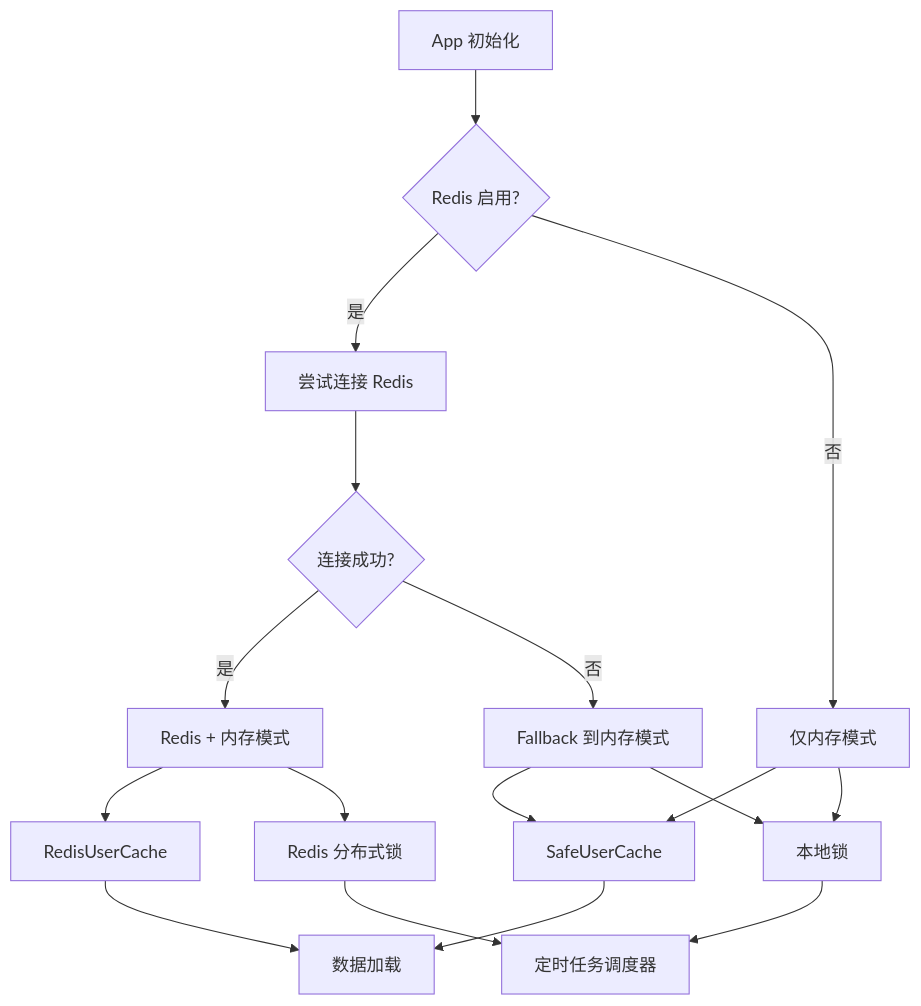
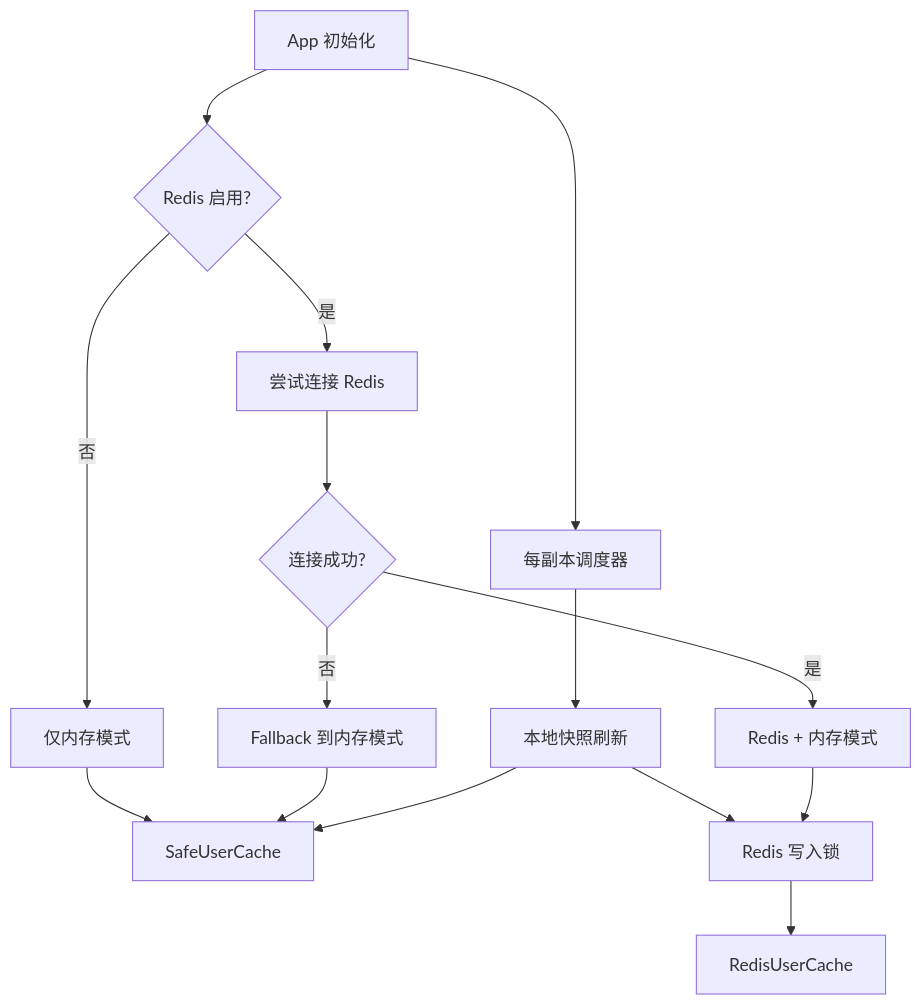
One commit to soulteary/warden changed the fifth of 7 diagrams in docs/zhCN/ARCHITECTURE.md. Above: the diagram before and after it, drawn with Mermaid. The commit also changed other lines of this file and 73 other files, not shown here.

````diff
--- a/docs/zhCN/ARCHITECTURE.md
+++ b/docs/zhCN/ARCHITECTURE.md
@@ -219,21 +220,17 @@
 ```mermaid
 graph TB
     App[App 初始化] --> CheckRedis{Redis 启用?}
+    App --> Scheduler[每副本调度器]
     CheckRedis -->|是| TryConnect[尝试连接 Redis]
     CheckRedis -->|否| MemoryOnly[仅内存模式]
     TryConnect --> ConnectSuccess{连接成功?}
     ConnectSuccess -->|是| RedisMode[Redis + 内存模式]
     ConnectSuccess -->|否| Fallback[Fallback 到内存模式]
-    
-    RedisMode --> RedisCache[RedisUserCache]
-    RedisMode --> DistLock[Redis 分布式锁]
-    Fallback --> MemoryCache[SafeUserCache]
-    Fallback --> LocalLock[本地锁]
+    Scheduler --> LocalRefresh[本地快照刷新]
+    LocalRefresh --> MemoryCache[SafeUserCache]
+    RedisMode --> WriterLock[Redis 写入锁]
+    LocalRefresh --> WriterLock
+    WriterLock --> RedisCache[RedisUserCache]
+    Fallback --> MemoryCache
     MemoryOnly --> MemoryCache
-    MemoryOnly --> LocalLock
-    
-    RedisCache --> DataLoad[数据加载]
-    MemoryCache --> DataLoad
-    DistLock --> Scheduler[定时任务调度器]
-    LocalLock --> Scheduler
 ```
````
